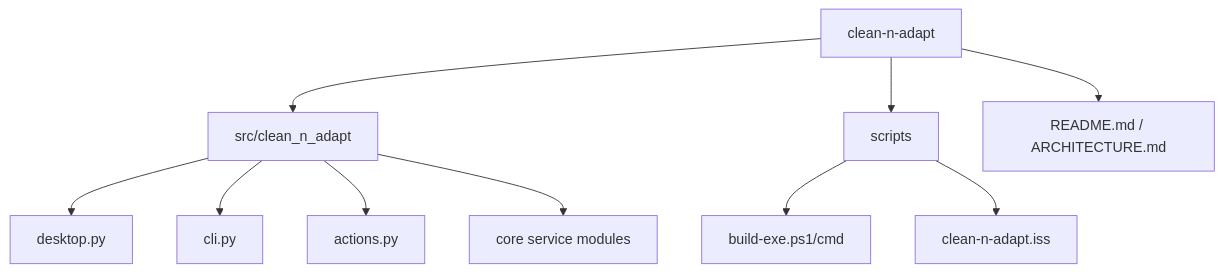
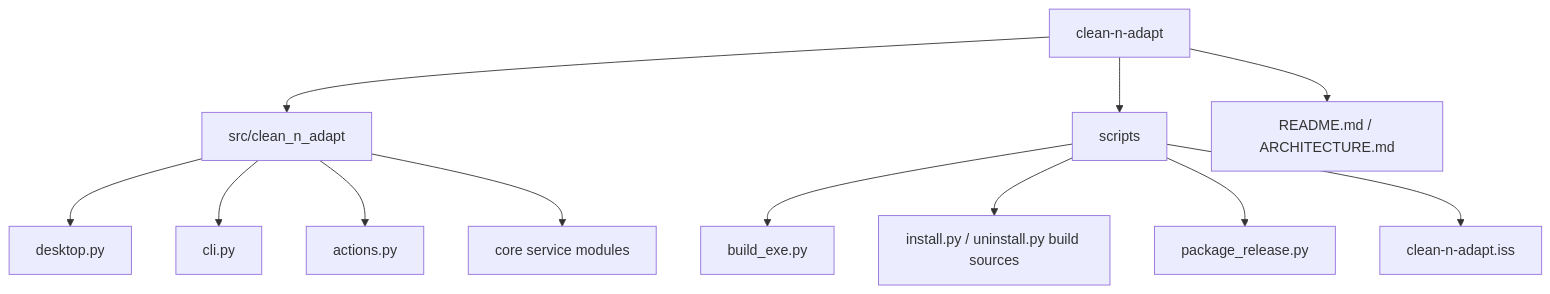
One commit to snehil-pandey/clean-n-adapt changed the tenth of 10 diagrams in ARCHITECTURE.md. Above: the diagram before and after it, drawn with Mermaid. The commit also changed other lines of this file and 12 other files, not shown here.

````diff
--- a/ARCHITECTURE.md
+++ b/ARCHITECTURE.md
@@ -151,12 +157,14 @@
 ```mermaid
 flowchart TD
     Repo["clean-n-adapt"] --> Src["src/clean_n_adapt"]
     Src --> Desktop["desktop.py"]
     Src --> CLI["cli.py"]
     Src --> Actions["actions.py"]
     Src --> Core["core service modules"]
     Repo --> Scripts["scripts"]
-    Scripts --> Build["build-exe.ps1/cmd"]
+    Scripts --> Build["build_exe.py"]
+    Scripts --> Install["install.py / uninstall.py build sources"]
+    Scripts --> Package["package_release.py"]
     Scripts --> Installer["clean-n-adapt.iss"]
     Repo --> Docs["README.md / ARCHITECTURE.md"]
 ```
````
